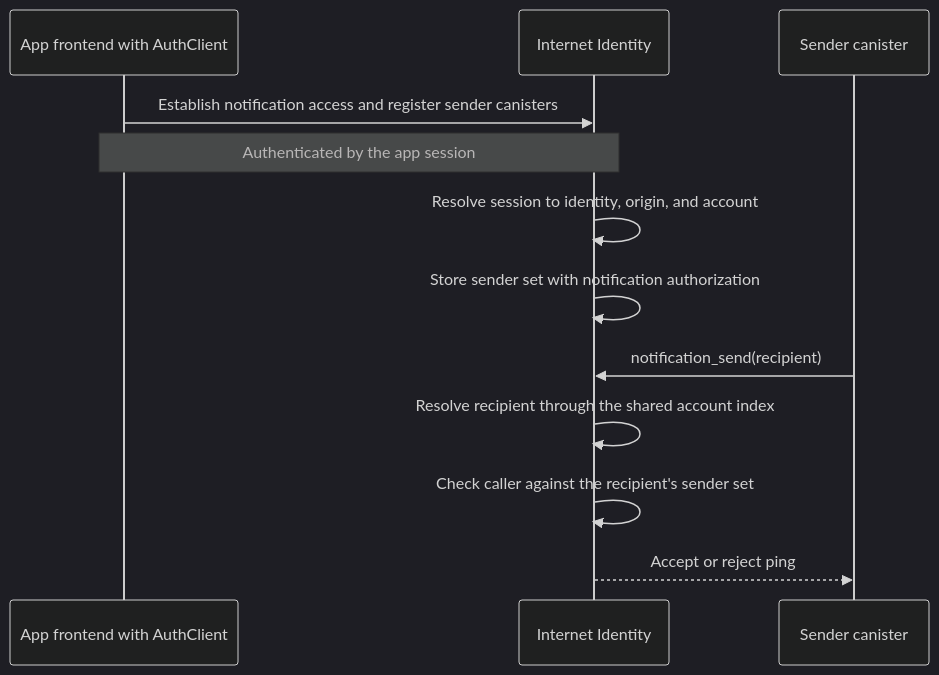
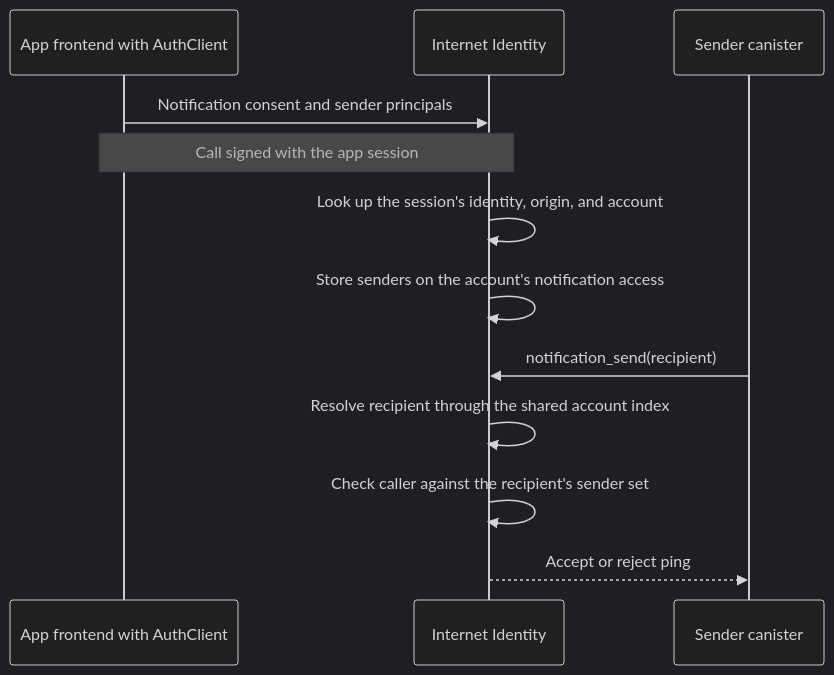
One commit to dfinity/internet-identity changed the diagram in docs/ongoing/web-push-notifications-integration.md. Above: the diagram before and after it, drawn with Mermaid (dark theme). The commit also changed other lines of this file and 2 other files, not shown here.

Commit message:
docs: state the integration flow directly

````diff
--- a/docs/ongoing/web-push-notifications-integration.md
+++ b/docs/ongoing/web-push-notifications-integration.md
@@ -152,16 +149,16 @@
 ```mermaid
 sequenceDiagram
     participant App as App frontend with AuthClient
     participant II as Internet Identity
     participant Canister as Sender canister
 
-    App->>II: Establish notification access and register sender canisters
-    Note over App,II: Authenticated by the app session
-    II->>II: Resolve session to identity, origin, and account
-    II->>II: Store sender set with notification authorization
+    App->>II: Notification consent and sender principals
+    Note over App,II: Call signed with the app session
+    II->>II: Look up the session's identity, origin, and account
+    II->>II: Store senders on the account's notification access
 
     Canister->>II: notification_send(recipient)
     II->>II: Resolve recipient through the shared account index
     II->>II: Check caller against the recipient's sender set
     II-->>Canister: Accept or reject ping
 ```
````
